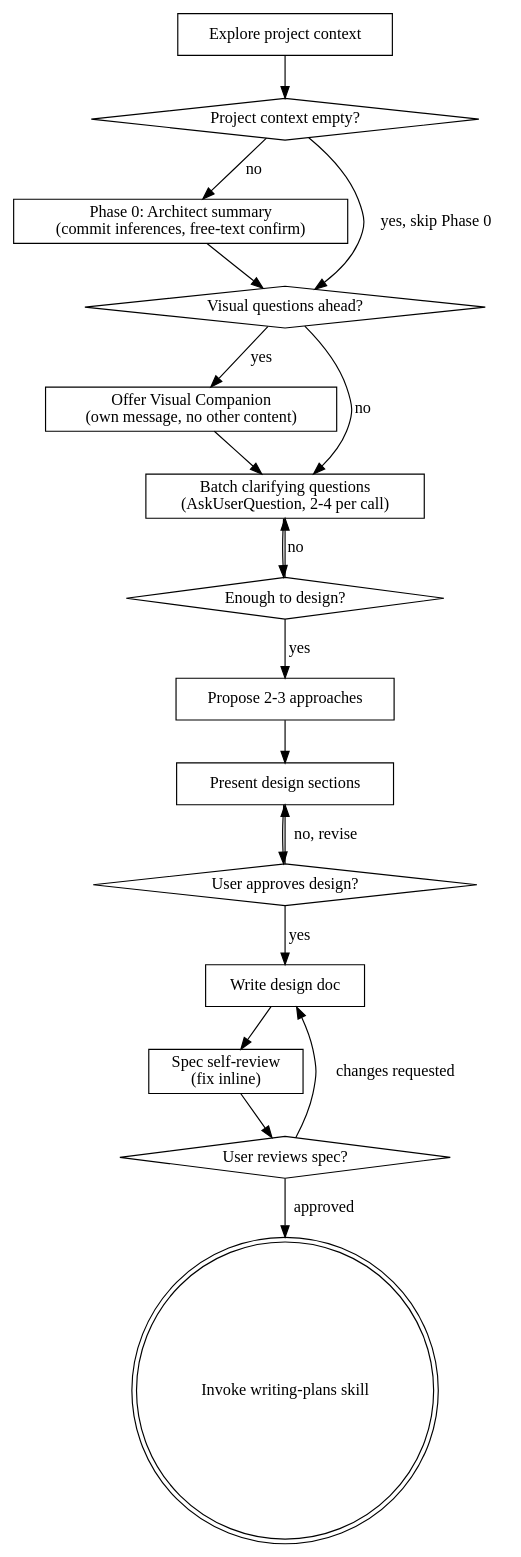
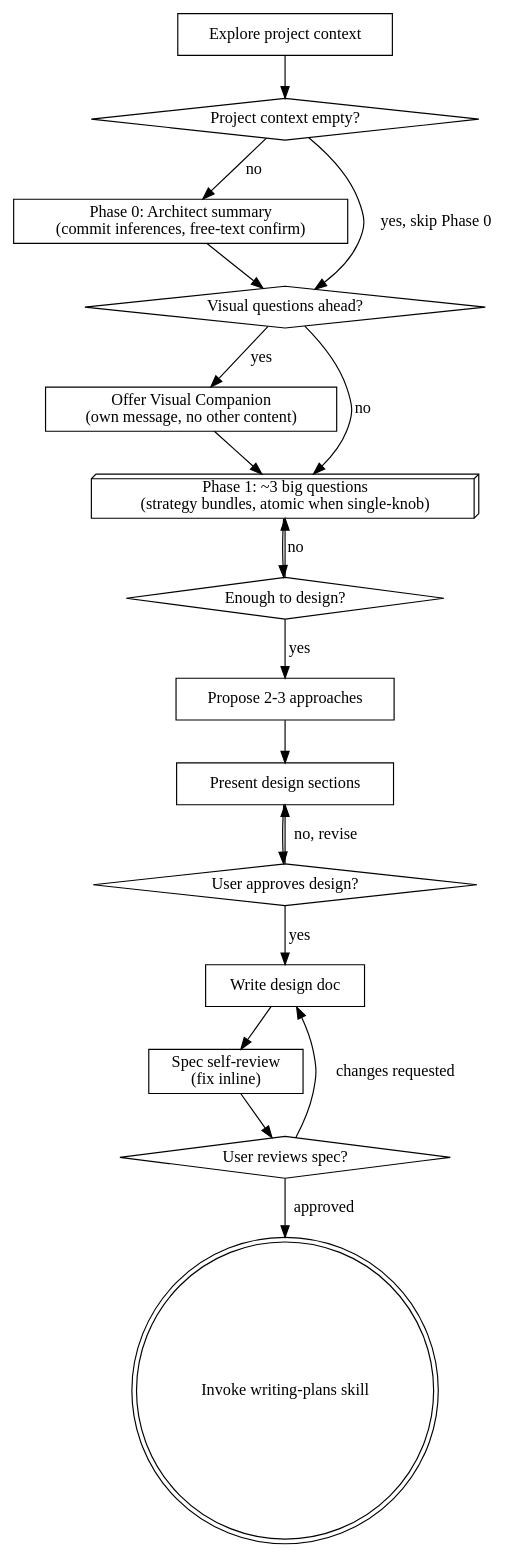
The diagram in plugins/brainstorming/skills/brainstorming/SKILL.md (standardbeagle/standardbeagle-tools), drawn with Graphviz before and after one commit. The commit also changed other lines of this file, not shown here.

````diff
--- a/plugins/brainstorming/skills/brainstorming/SKILL.md
+++ b/plugins/brainstorming/skills/brainstorming/SKILL.md
@@ -50,37 +50,37 @@
 ```dot
 digraph brainstorming {
     "Explore project context" [shape=box];
     "Project context empty?" [shape=diamond];
     "Phase 0: Architect summary\n(commit inferences, free-text confirm)" [shape=box];
     "Visual questions ahead?" [shape=diamond];
     "Offer Visual Companion\n(own message, no other content)" [shape=box];
-    "Batch clarifying questions\n(AskUserQuestion, 2-4 per call)" [shape=box];
+    "Phase 1: ~3 big questions\n(strategy bundles, atomic when single-knob)" [shape=box3d];
     "Enough to design?" [shape=diamond];
     "Propose 2-3 approaches" [shape=box];
     "Present design sections" [shape=box];
     "User approves design?" [shape=diamond];
     "Write design doc" [shape=box];
     "Spec self-review\n(fix inline)" [shape=box];
     "User reviews spec?" [shape=diamond];
     "Invoke writing-plans skill" [shape=doublecircle];
 
     "Explore project context" -> "Project context empty?";
     "Project context empty?" -> "Visual questions ahead?" [label="yes, skip Phase 0"];
     "Project context empty?" -> "Phase 0: Architect summary\n(commit inferences, free-text confirm)" [label="no"];
     "Phase 0: Architect summary\n(commit inferences, free-text confirm)" -> "Visual questions ahead?";
     "Visual questions ahead?" -> "Offer Visual Companion\n(own message, no other content)" [label="yes"];
-    "Visual questions ahead?" -> "Batch clarifying questions\n(AskUserQuestion, 2-4 per call)" [label="no"];
-    "Offer Visual Companion\n(own message, no other content)" -> "Batch clarifying questions\n(AskUserQuestion, 2-4 per call)";
-    "Batch clarifying questions\n(AskUserQuestion, 2-4 per call)" -> "Enough to design?" ;
-    "Enough to design?" -> "Batch clarifying questions\n(AskUserQuestion, 2-4 per call)" [label="no"];
+    "Visual questions ahead?" -> "Phase 1: ~3 big questions\n(strategy bundles, atomic when single-knob)" [label="no"];
+    "Offer Visual Companion\n(own message, no other content)" -> "Phase 1: ~3 big questions\n(strategy bundles, atomic when single-knob)";
+    "Phase 1: ~3 big questions\n(strategy bundles, atomic when single-knob)" -> "Enough to design?" ;
+    "Enough to design?" -> "Phase 1: ~3 big questions\n(strategy bundles, atomic when single-knob)" [label="no"];
     "Enough to design?" -> "Propose 2-3 approaches" [label="yes"];
     "Propose 2-3 approaches" -> "Present design sections";
     "Present design sections" -> "User approves design?";
     "User approves design?" -> "Present design sections" [label="no, revise"];
     "User approves design?" -> "Write design doc" [label="yes"];
     "Write design doc" -> "Spec self-review\n(fix inline)";
     "Spec self-review\n(fix inline)" -> "User reviews spec?";
     "User reviews spec?" -> "Write design doc" [label="changes requested"];
     "User reviews spec?" -> "Invoke writing-plans skill" [label="approved"];
 }
 ```
````
